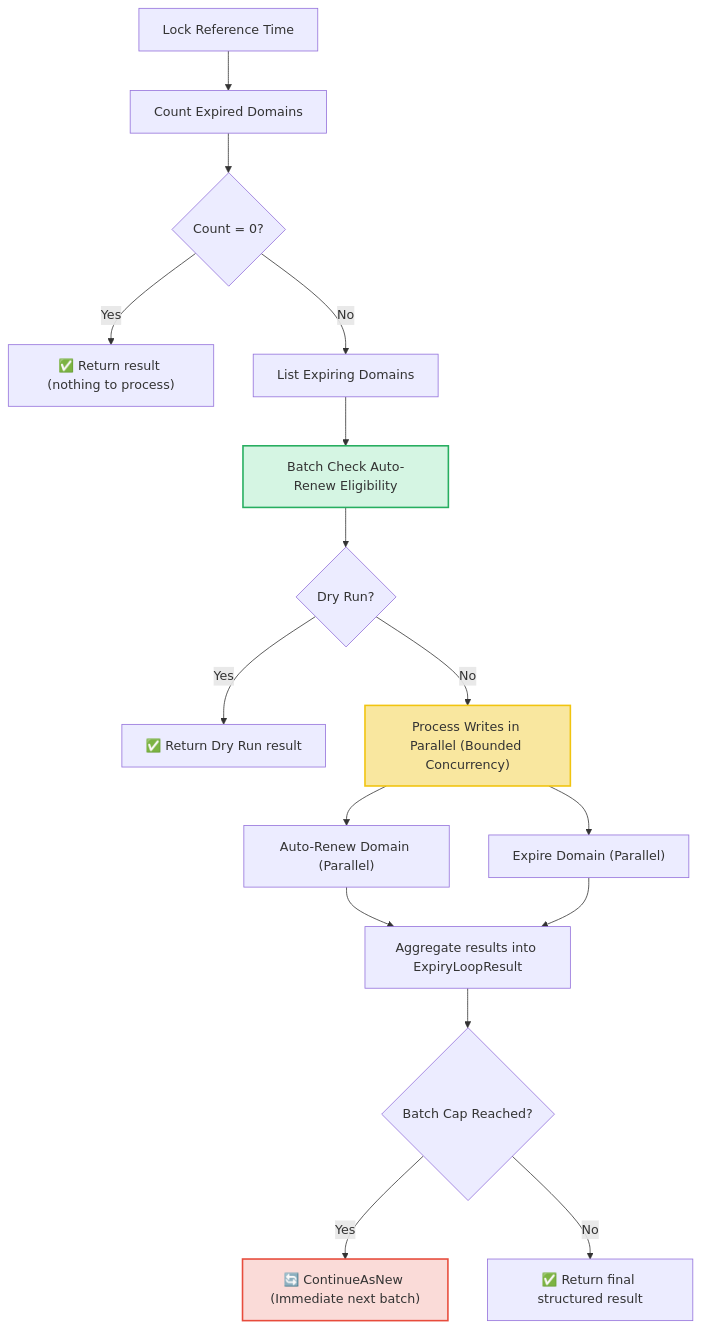
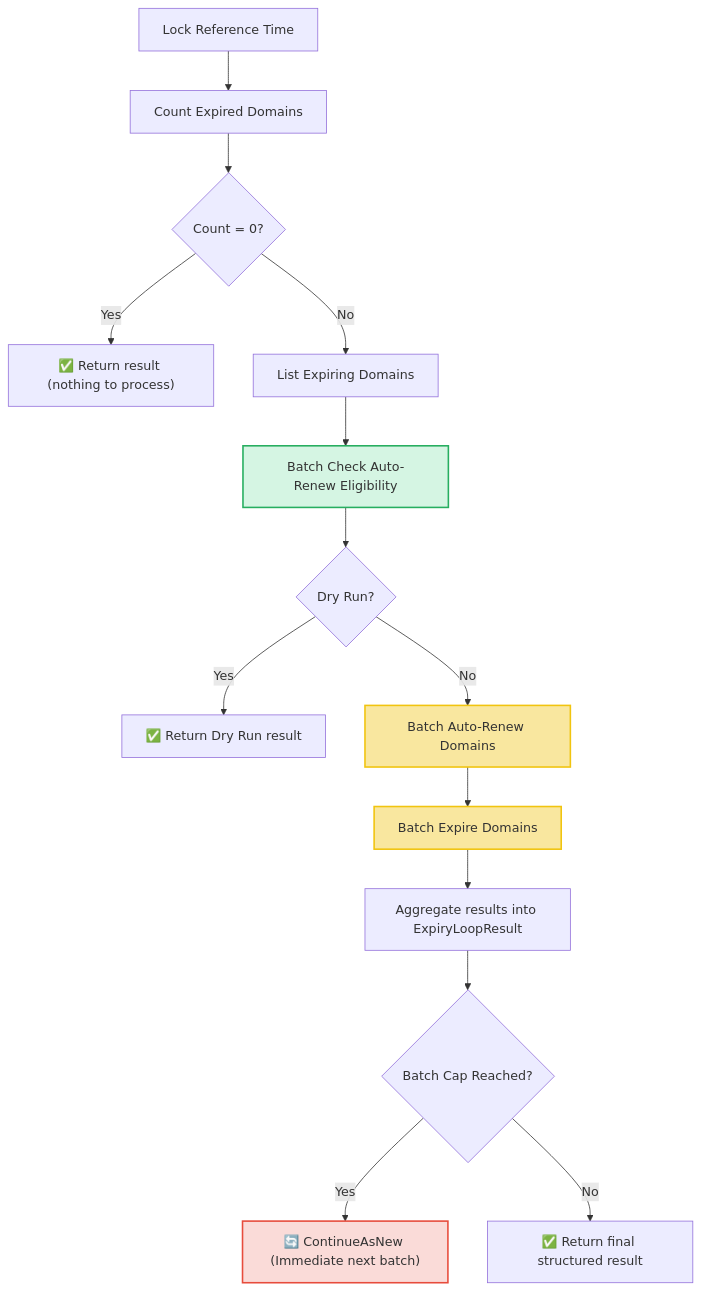
One commit to onasunnymorning/domain-os changed the diagram in internal/application/workflows/expiryLoop.doc.md. Above: the diagram before and after it, drawn with Mermaid. The commit also changed other lines of this file and 66 other files, not shown here.

````diff
--- a/internal/application/workflows/expiryLoop.doc.md
+++ b/internal/application/workflows/expiryLoop.doc.md
@@ -19,22 +19,21 @@
 ```mermaid
 graph TD
     A["Lock Reference Time"] --> B["Count Expired Domains"]
     B --> C{"Count = 0?"}
     C -- Yes --> DONE1["✅ Return result (nothing to process)"]
     C -- No --> D["List Expiring Domains"]
     D --> E["Batch Check Auto-Renew Eligibility"]
     E --> F{"Dry Run?"}
     F -- Yes --> DONE2["✅ Return Dry Run result"]
-    F -- No --> G["Process Writes in Parallel (Bounded Concurrency)"]
-    G --> H["Auto-Renew Domain (Parallel)"]
-    G --> I["Expire Domain (Parallel)"]
+    F -- No --> G["Batch Auto-Renew Domains"]
+    G --> H["Batch Expire Domains"]
     H --> J["Aggregate results into ExpiryLoopResult"]
-    I --> J
     J --> K{"Batch Cap Reached?"}
     K -- Yes --> L["🔄 ContinueAsNew (Immediate next batch)"]
     K -- No --> DONE3["✅ Return final structured result"]
 
     style E fill:#d5f5e3,stroke:#27ae60,stroke-width:2px
     style G fill:#f9e79f,stroke:#f1c40f,stroke-width:2px
+    style H fill:#f9e79f,stroke:#f1c40f,stroke-width:2px
     style L fill:#fadbd8,stroke:#e74c3c,stroke-width:2px
 ```
````
